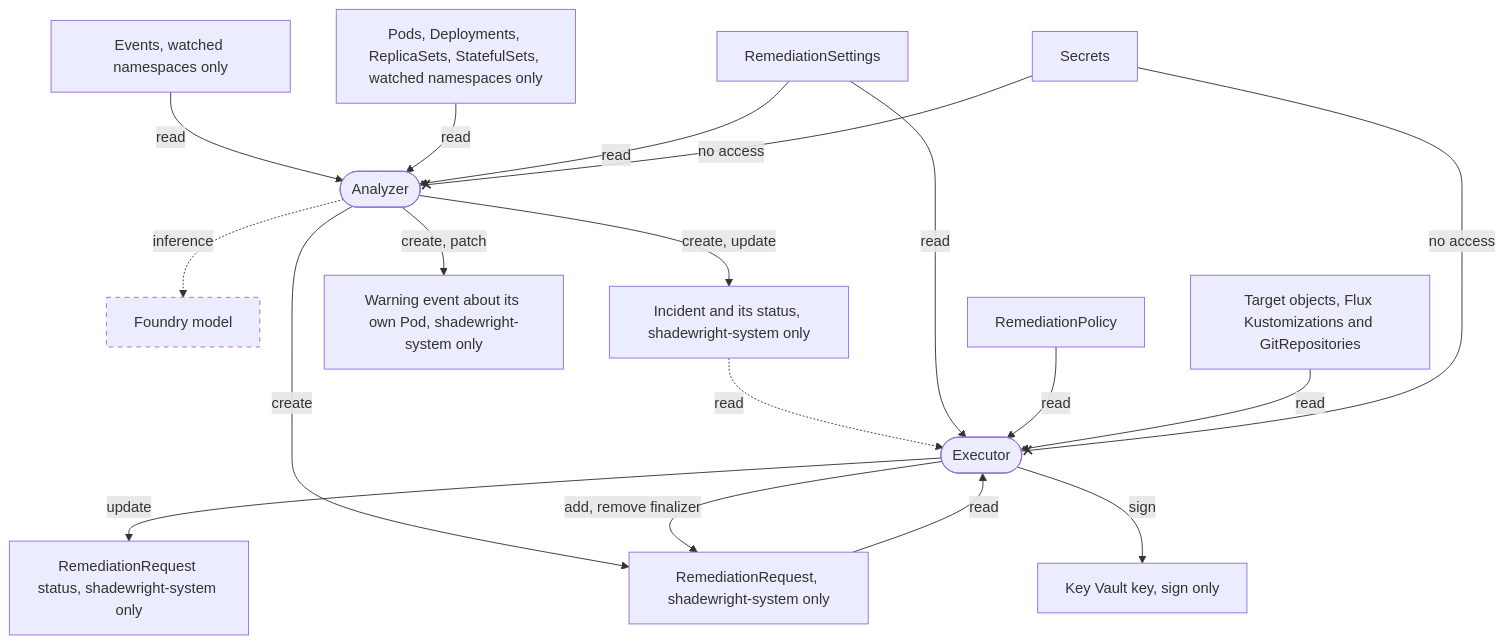
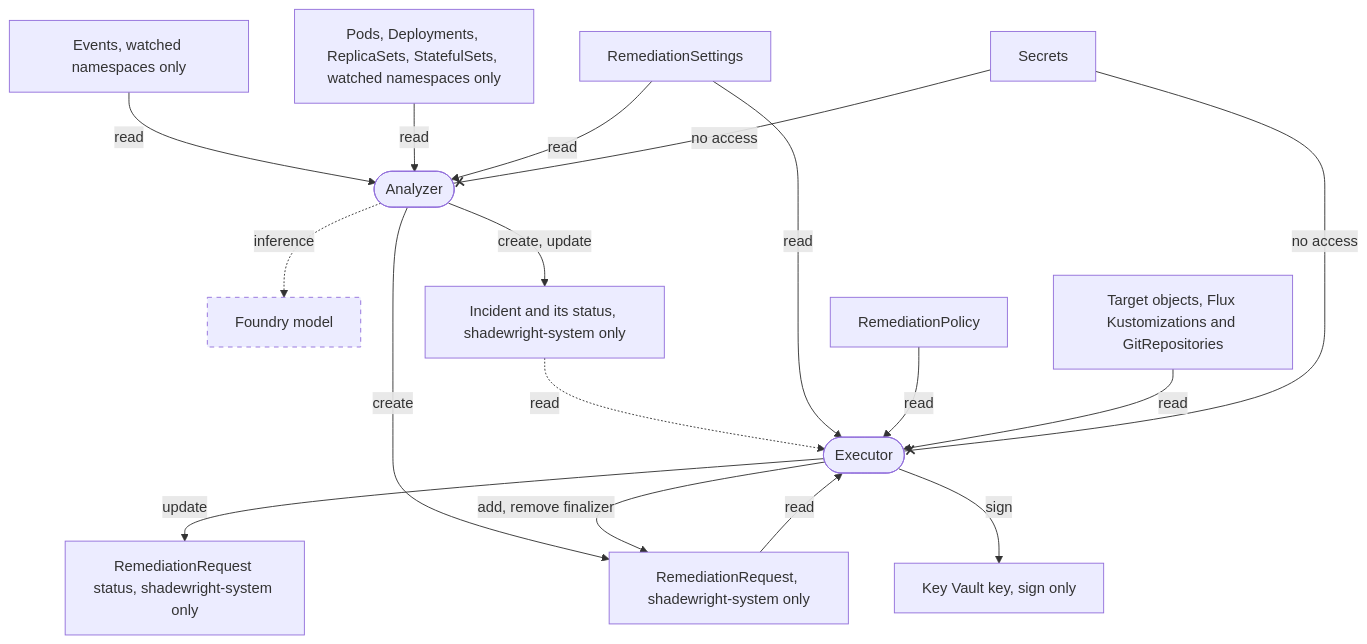
One commit to pkalin/shadewright changed the fifth of 5 diagrams in docs/design.md. Above: the diagram before and after it, drawn with Mermaid. The commit also changed other lines of this file and 3 other files, not shown here.

````diff
--- a/docs/design.md
+++ b/docs/design.md
@@ -587,36 +587,34 @@
 ```mermaid
 flowchart TB
     ev["Events, watched namespaces only"]
     wl["Pods, Deployments, ReplicaSets, StatefulSets, watched namespaces only"]
     an([Analyzer])
     fm[Foundry model]
     inc["Incident and its status, shadewright-system only"]
-    aev["Warning event about its own Pod, shadewright-system only"]
     rr["RemediationRequest, shadewright-system only"]
     set[RemediationSettings]
     pol[RemediationPolicy]
     tgt[Target objects, Flux Kustomizations and GitRepositories]
     ex([Executor])
     rrs["RemediationRequest status, shadewright-system only"]
     kv[Key Vault key, sign only]
     sec[Secrets]
     ev -- read --> an
     wl -- read --> an
     set -- read --> an
     an -. inference .-> fm
     an -- create, update --> inc
-    an -- create, patch --> aev
     an -- create --> rr
     inc -. read .-> ex
     rr -- read --> ex
     set -- read --> ex
     pol -- read --> ex
     tgt -- read --> ex
     ex -- update --> rrs
     ex -- add, remove finalizer --> rr
     ex -- sign --> kv
     sec -- no access --x an
     sec -- no access --x ex
     classDef planned stroke-dasharray: 5 5
     class fm planned
 ```
````
